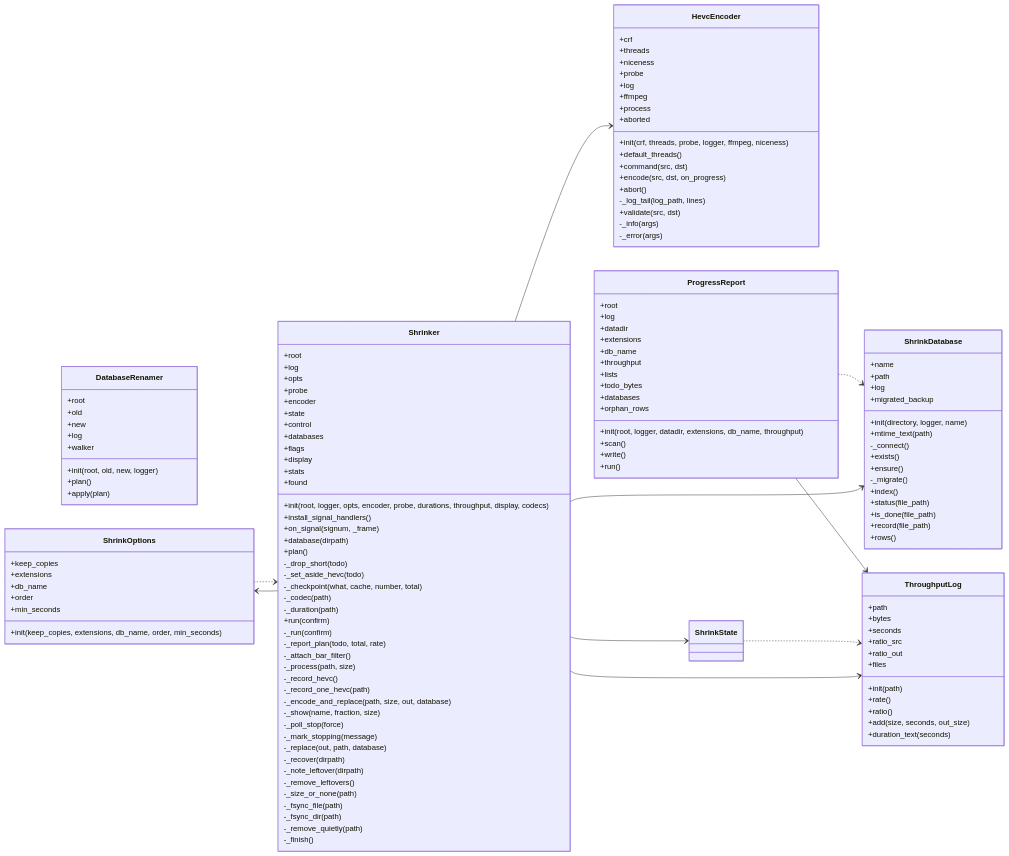
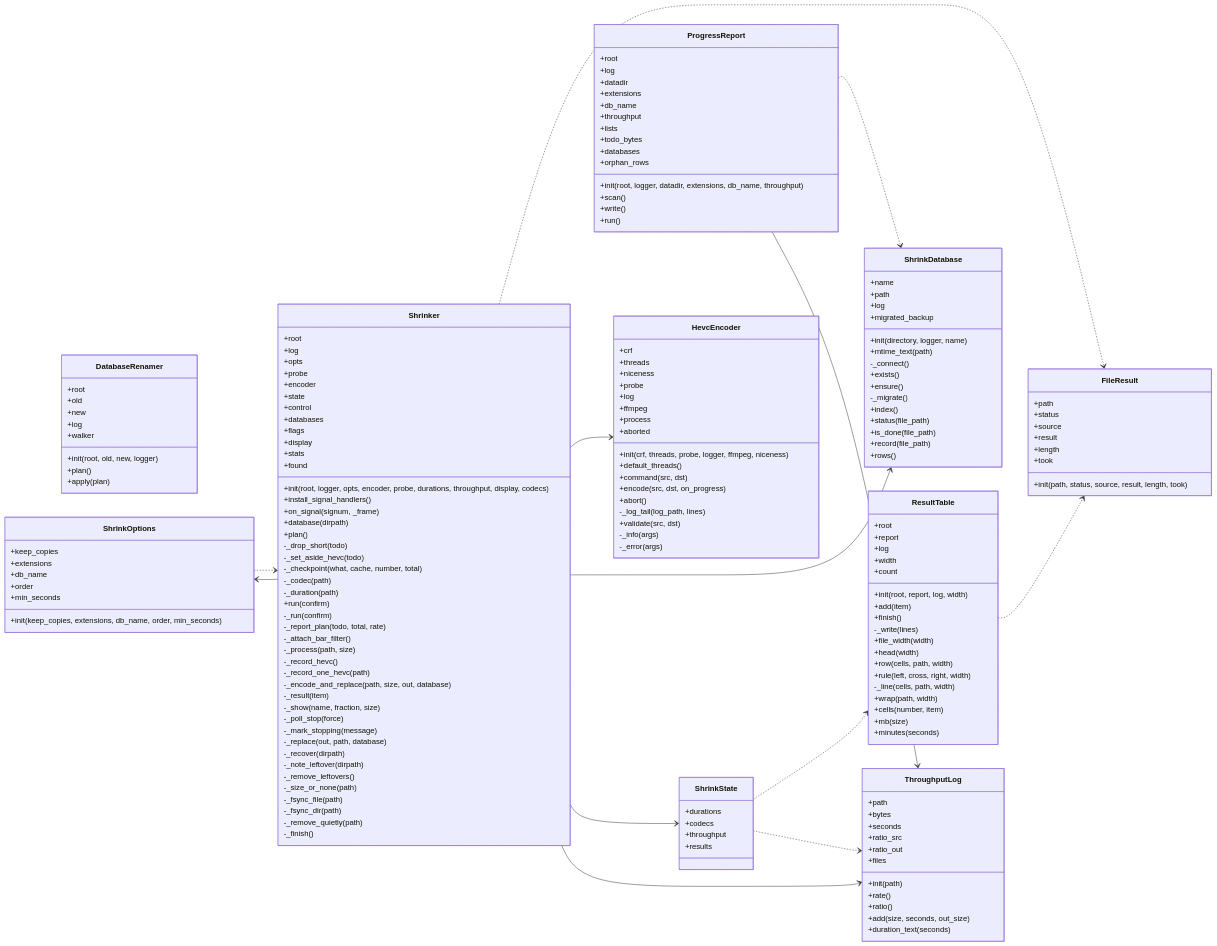
One commit to peddanet/mediatools changed the diagram in docs/img/uml_shrink.mmd. Above: the diagram before and after it, drawn with Mermaid. The commit also changed 27 other files, not shown here.

First line of the commit message:
Release 1.2.6: background shrink, attach view, sleep lock, result table

```diff
--- a/docs/img/uml_shrink.mmd
+++ b/docs/img/uml_shrink.mmd
@@ -1,140 +1,177 @@
 classDiagram
   direction LR
   class ShrinkDatabase {
     +name
     +path
     +log
     +migrated_backup
     +init(directory, logger, name)
     +mtime_text(path)
     -_connect()
     +exists()
     +ensure()
     -_migrate()
     +index()
     +status(file_path)
     +is_done(file_path)
     +record(file_path)
     +rows()
   }
   class DatabaseRenamer {
     +root
     +old
     +new
     +log
     +walker
     +init(root, old, new, logger)
     +plan()
     +apply(plan)
   }
   class HevcEncoder {
     +crf
     +threads
     +niceness
     +probe
     +log
     +ffmpeg
     +process
     +aborted
     +init(crf, threads, probe, logger, ffmpeg, niceness)
     +default_threads()
     +command(src, dst)
     +encode(src, dst, on_progress)
     +abort()
     -_log_tail(log_path, lines)
     +validate(src, dst)
     -_info(args)
     -_error(args)
   }
+  class FileResult {
+    +path
+    +status
+    +source
+    +result
+    +length
+    +took
+    +init(path, status, source, result, length, took)
+  }
   class ShrinkOptions {
     +keep_copies
     +extensions
     +db_name
     +order
     +min_seconds
     +init(keep_copies, extensions, db_name, order, min_seconds)
   }
   class ProgressReport {
     +root
     +log
     +datadir
     +extensions
     +db_name
     +throughput
     +lists
     +todo_bytes
     +databases
     +orphan_rows
     +init(root, logger, datadir, extensions, db_name, throughput)
     +scan()
     +write()
     +run()
   }
-  class ShrinkState {
+  class ResultTable {
+    +root
+    +report
+    +log
+    +width
+    +count
+    +init(root, report, log, width)
+    +add(item)
+    +finish()
+    -_write(lines)
+    +file_width(width)
+    +head(width)
+    +row(cells, path, width)
+    +rule(left, cross, right, width)
+    -_line(cells, path, width)
+    +wrap(path, width)
+    +cells(number, item)
+    +mb(size)
+    +minutes(seconds)
   }
   class Shrinker {
     +root
     +log
     +opts
     +probe
     +encoder
     +state
     +control
     +databases
     +flags
     +display
     +stats
     +found
     +init(root, logger, opts, encoder, probe, durations, throughput, display, codecs)
     +install_signal_handlers()
     +on_signal(signum, _frame)
     +database(dirpath)
     +plan()
     -_drop_short(todo)
     -_set_aside_hevc(todo)
     -_checkpoint(what, cache, number, total)
     -_codec(path)
     -_duration(path)
     +run(confirm)
     -_run(confirm)
     -_report_plan(todo, total, rate)
     -_attach_bar_filter()
     -_process(path, size)
     -_record_hevc()
     -_record_one_hevc(path)
     -_encode_and_replace(path, size, out, database)
+    -_result(item)
     -_show(name, fraction, size)
     -_poll_stop(force)
     -_mark_stopping(message)
     -_replace(out, path, database)
     -_recover(dirpath)
     -_note_leftover(dirpath)
     -_remove_leftovers()
     -_size_or_none(path)
     -_fsync_file(path)
     -_fsync_dir(path)
     -_remove_quietly(path)
     -_finish()
+  }
+  class ShrinkState {
+    +durations
+    +codecs
+    +throughput
+    +results
   }
   class ThroughputLog {
     +path
     +bytes
     +seconds
     +ratio_src
     +ratio_out
     +files
     +init(path)
     +rate()
     +ratio()
     +add(size, seconds, out_size)
     +duration_text(seconds)
   }
   ShrinkOptions ..> Shrinker
   ProgressReport ..> ShrinkDatabase
   ProgressReport --> ThroughputLog
-  ShrinkState ..> ThroughputLog
+  ResultTable ..> FileResult
+  Shrinker ..> FileResult
   Shrinker --> HevcEncoder
   Shrinker --> ShrinkDatabase
   Shrinker --> ShrinkOptions
   Shrinker --> ShrinkState
   Shrinker --> ThroughputLog
+  ShrinkState ..> ResultTable
+  ShrinkState ..> ThroughputLog
```
